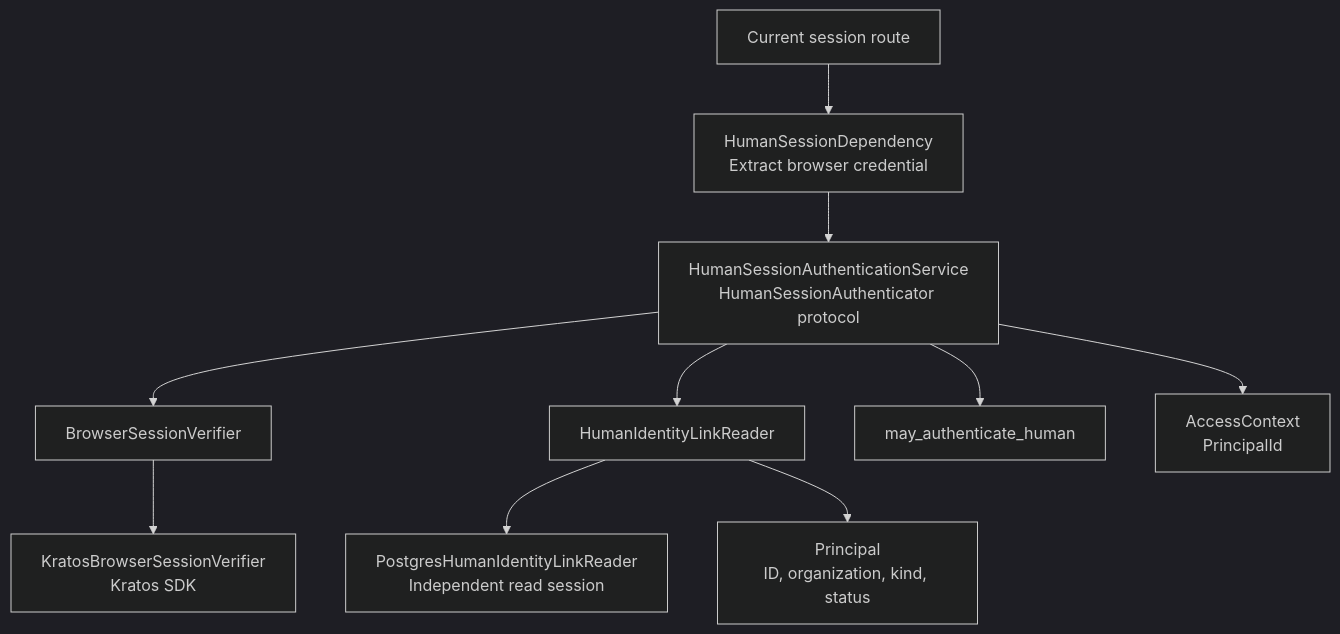
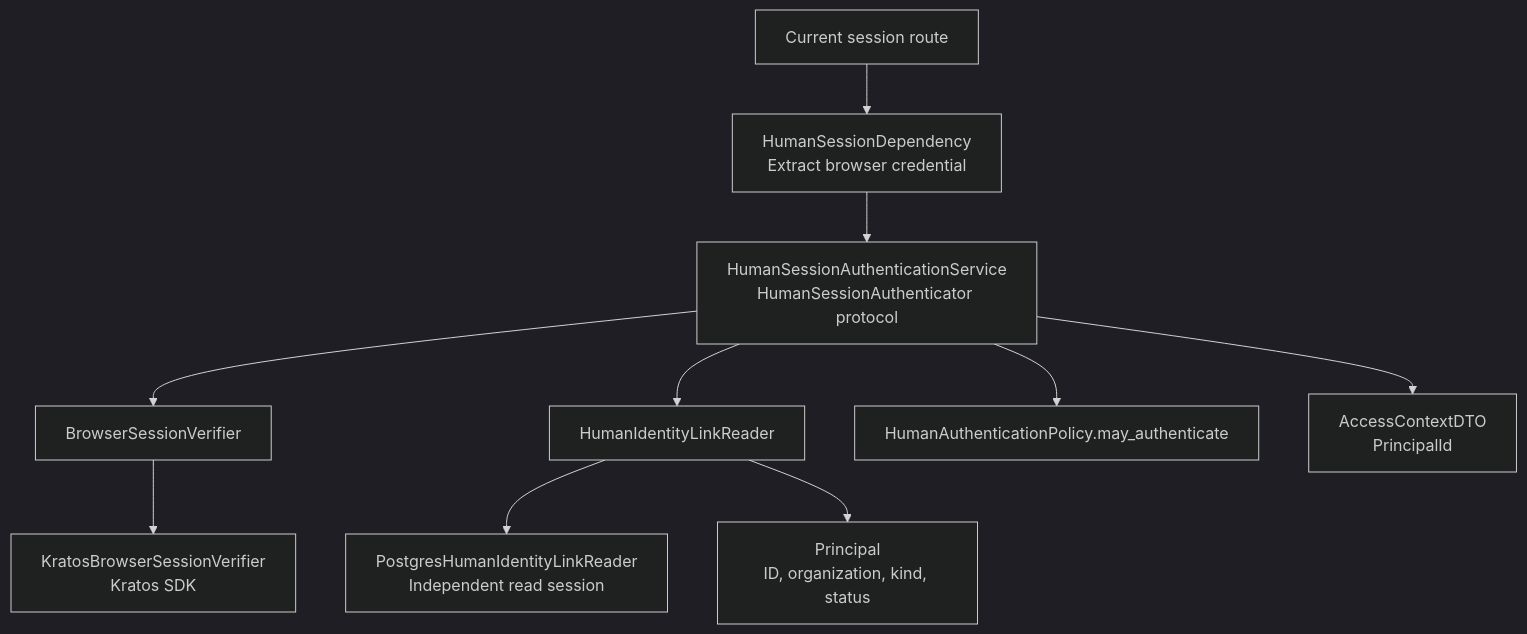
Before and after one commit to matejpalenik/inframeld: the first of 2 diagrams in docs/development/application-structure.md, drawn with Mermaid (dark theme). The commit also changed other lines of this file and 228 other files, not shown here.

````diff
--- a/docs/development/application-structure.md
+++ b/docs/development/application-structure.md
@@ -210,12 +291,12 @@
 ```mermaid
 flowchart TD
     Route["Current session route"] --> Dependency["HumanSessionDependency<br/>Extract browser credential"]
     Dependency --> Service["HumanSessionAuthenticationService<br/>HumanSessionAuthenticator protocol"]
     Service --> Verifier["BrowserSessionVerifier"]
     Verifier --> Kratos["KratosBrowserSessionVerifier<br/>Kratos SDK"]
     Service --> Reader["HumanIdentityLinkReader"]
     Reader --> Postgres["PostgresHumanIdentityLinkReader<br/>Independent read session"]
     Reader --> Principal["Principal<br/>ID, organization, kind, status"]
-    Service --> Policy["may_authenticate_human"]
-    Service --> Context["AccessContext<br/>PrincipalId"]
+    Service --> Policy["HumanAuthenticationPolicy.may_authenticate"]
+    Service --> Context["AccessContextDTO<br/>PrincipalId"]
 ```
````
